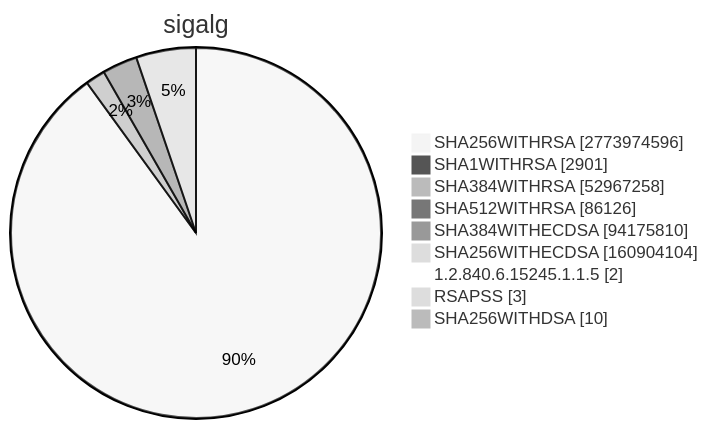
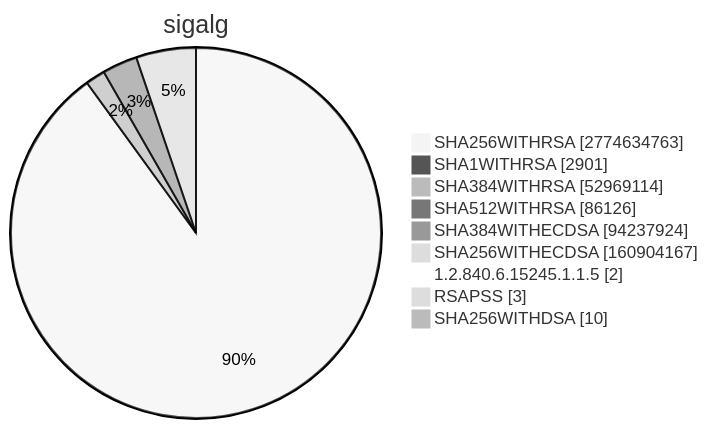
Diagram 15 of 15 in TOTAL/README.md (christiankrug/ctmonitor_visualization), drawn with Mermaid (neutral theme) before and after one commit. The commit also changed other lines of this file, not shown here.

````diff
--- a/TOTAL/README.md
+++ b/TOTAL/README.md
@@ -6207,13 +6207,13 @@
 ```mermaid
 pie showData
 title sigalg
-"SHA256WITHRSA" :2773974596
+"SHA256WITHRSA" :2774634763
 "SHA1WITHRSA" :2901
-"SHA384WITHRSA" :52967258
+"SHA384WITHRSA" :52969114
 "SHA512WITHRSA" :86126
-"SHA384WITHECDSA" :94175810
-"SHA256WITHECDSA" :160904104
+"SHA384WITHECDSA" :94237924
+"SHA256WITHECDSA" :160904167
 "1.2.840.6.15245.1.1.5" :2
 "RSAPSS" :3
 "SHA256WITHDSA" :10
 ```
````
